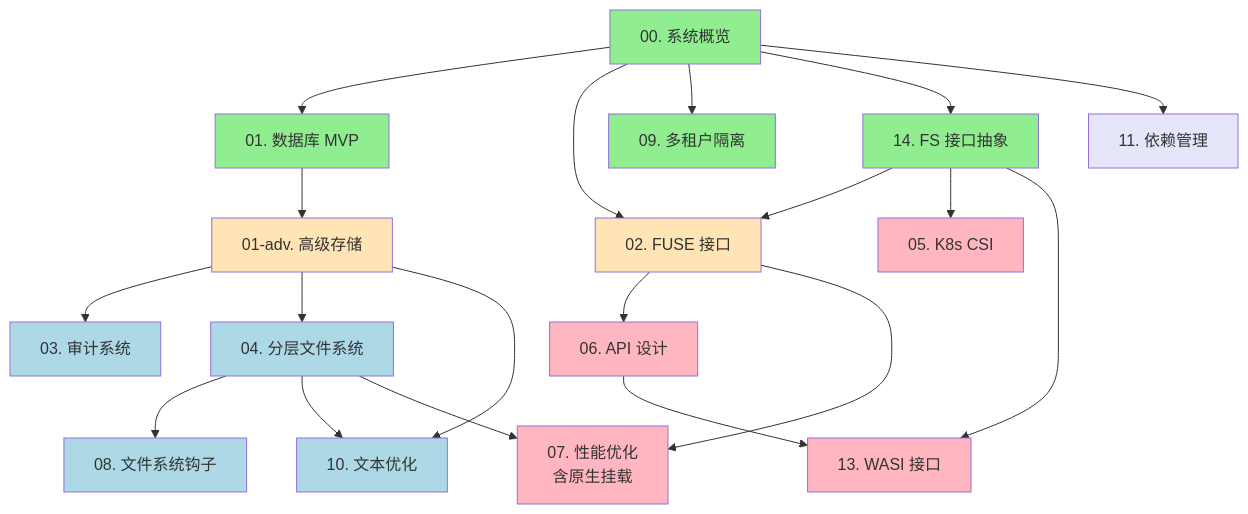
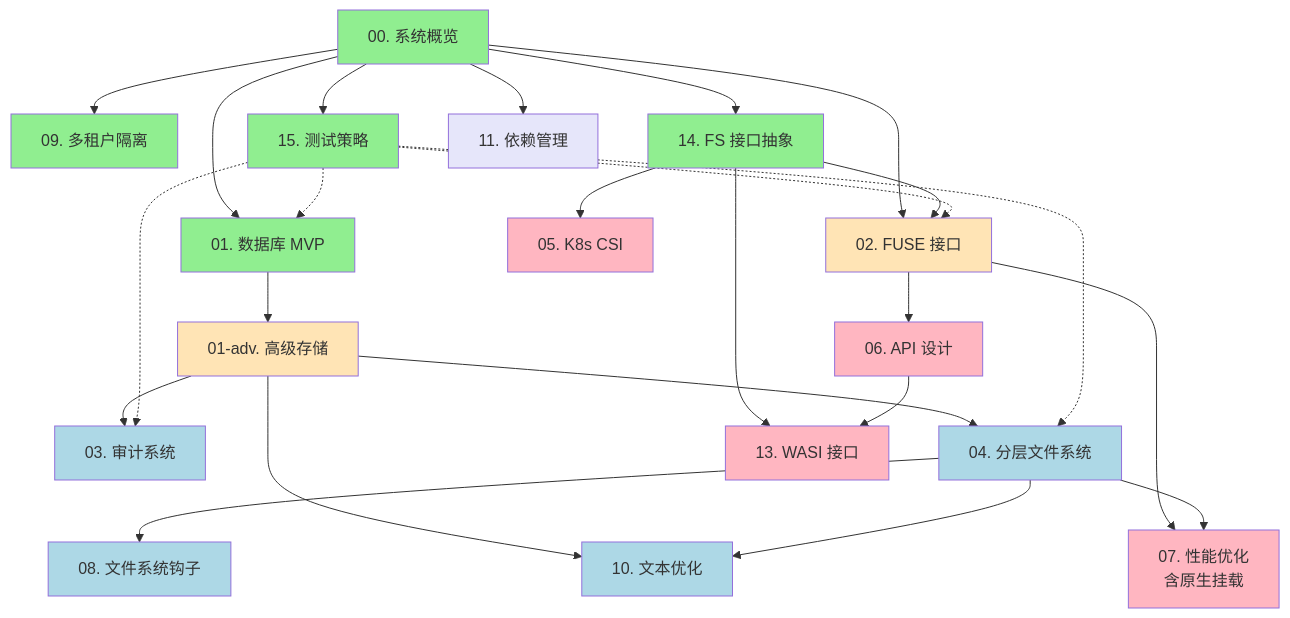
The diagram in spec/README.md (VikingMew/tarbox), drawn with Mermaid before and after one commit. The commit also changed other lines of this file and 4 other files, not shown here.

````diff
--- a/spec/README.md
+++ b/spec/README.md
@@ -152,45 +160,52 @@
 ```mermaid
 graph TD
     S00[00. 系统概览] --> S01[01. 数据库 MVP]
     S00 --> S02[02. FUSE 接口]
     S00 --> S09[09. 多租户隔离]
     S00 --> S14[14. FS 接口抽象]
+    S00 --> S15[15. 测试策略]
     
     S01 --> S01A[01-adv. 高级存储]
     
     S01A --> S03[03. 审计系统]
     S01A --> S04[04. 分层文件系统]
     S01A --> S10[10. 文本优化]
     
     S14 --> S02
     S14 --> S05[05. K8s CSI]
     S14 --> S13[13. WASI 接口]
     
     S02 --> S06[06. API 设计]
     
     S04 --> S08[08. 文件系统钩子]
     S04 --> S10
     
     S02 --> S07[07. 性能优化<br/>含原生挂载]
     S04 --> S07
     
     S06 --> S13
     
     S00 --> S11[11. 依赖管理]
     
+    S15 -.-> S01
+    S15 -.-> S02
+    S15 -.-> S03
+    S15 -.-> S04
+    
     style S00 fill:#90EE90
     style S01 fill:#90EE90
     style S01A fill:#FFE4B5
     style S02 fill:#FFE4B5
     style S09 fill:#90EE90
     style S14 fill:#90EE90
+    style S15 fill:#90EE90
     style S03 fill:#ADD8E6
     style S04 fill:#ADD8E6
     style S08 fill:#ADD8E6
     style S10 fill:#ADD8E6
     style S05 fill:#FFB6C1
     style S06 fill:#FFB6C1
     style S07 fill:#FFB6C1
     style S13 fill:#FFB6C1
     style S11 fill:#E6E6FA
 ```
````
